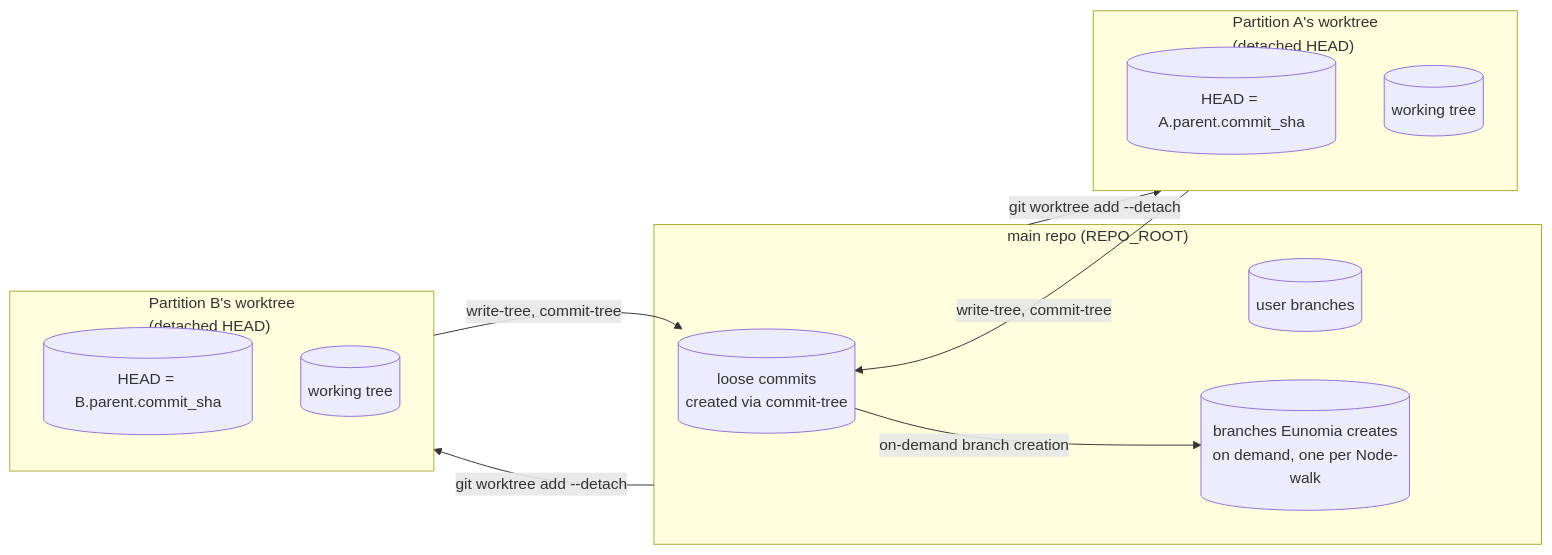
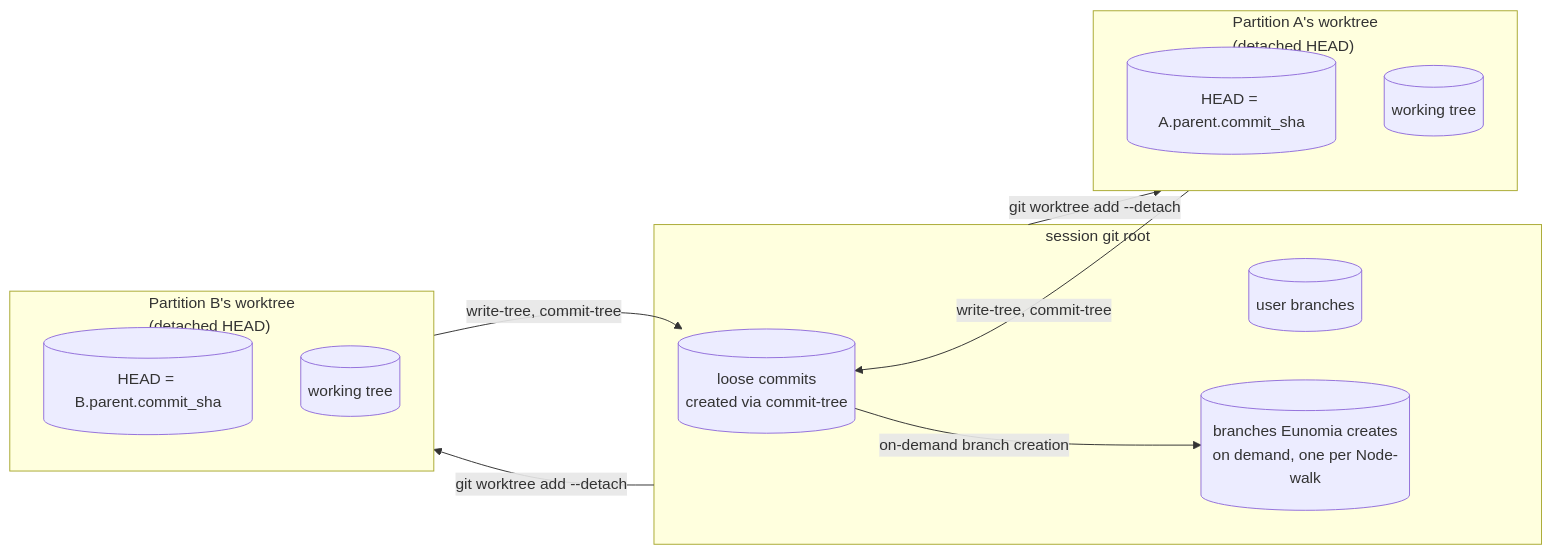
One commit to James-Mart/eunomio changed the fifth of 5 diagrams in SPEC.md. Above: the diagram before and after it, drawn with Mermaid. The commit also changed other lines of this file and 37 other files, not shown here.

````diff
--- a/SPEC.md
+++ b/SPEC.md
@@ -350,24 +350,24 @@
 ```mermaid
 flowchart LR
-  subgraph mainRepo["main repo (REPO_ROOT)"]
+  subgraph mainRepo["session git root"]
     db[(loose commits<br/>created via commit-tree)]
     branchA[(user branches)]
     out[(branches Eunomia creates<br/>on demand, one per Node-walk)]
   end
 
   subgraph synthA["Partition A's worktree<br/>(detached HEAD)"]
     headA[(HEAD = A.parent.commit_sha)]
     wtA[(working tree)]
   end
 
   subgraph synthB["Partition B's worktree<br/>(detached HEAD)"]
     headB[(HEAD = B.parent.commit_sha)]
     wtB[(working tree)]
   end
 
   mainRepo -->|"git worktree add --detach"| synthA
   mainRepo -->|"git worktree add --detach"| synthB
   synthA -->|"write-tree, commit-tree"| db
   synthB -->|"write-tree, commit-tree"| db
   db -->|"on-demand branch creation"| out
 ```
````
